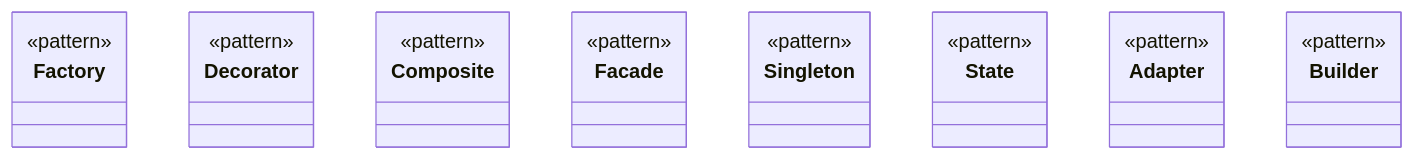
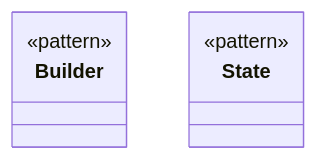
The diagram in web/diagrams/profile.mmd (AhmadHassan-BTed/OpenHeart), drawn with Mermaid before and after one commit. The commit also changed 58 other files, not shown here.

```diff
--- a/web/diagrams/profile.mmd
+++ b/web/diagrams/profile.mmd
@@ -1,25 +1,7 @@
 classDiagram
-    class Factory {
-        <<pattern>>
-    }
-    class Decorator {
-        <<pattern>>
-    }
-    class Composite {
-        <<pattern>>
-    }
-    class Facade {
-        <<pattern>>
-    }
-    class Singleton {
+    class Builder {
         <<pattern>>
     }
     class State {
         <<pattern>>
     }
-    class Adapter {
-        <<pattern>>
-    }
-    class Builder {
-        <<pattern>>
-    }
```
